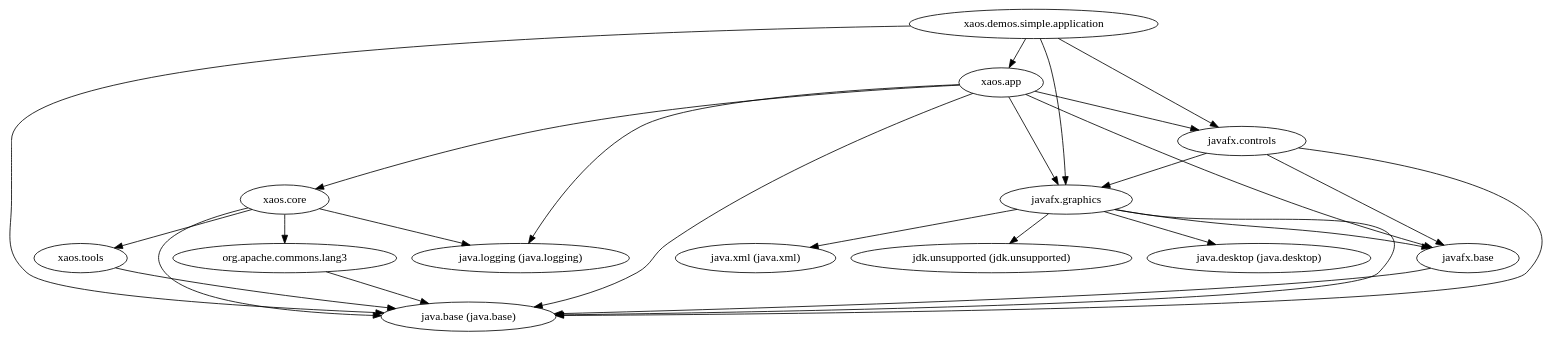
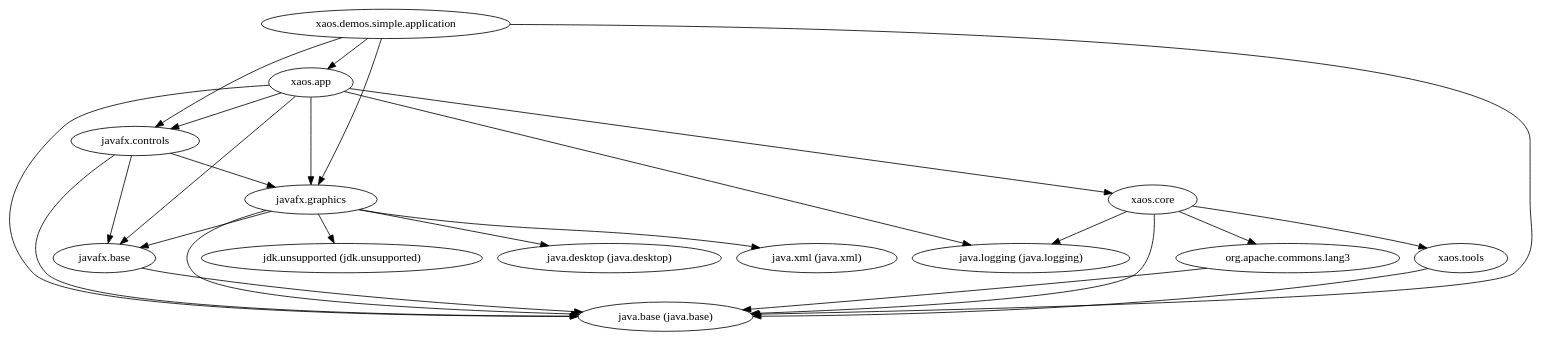
Before and after one commit to ESSICS/XAOS: the diagram in xaos.demos.module/xaos.demos.simple.application.module/doc/module-dependencies.dot, drawn with Graphviz. The commit also changed other lines of this file and 37 other files, not shown here.

```diff
--- a/xaos.demos.module/xaos.demos.simple.application.module/doc/module-dependencies.dot
+++ b/xaos.demos.module/xaos.demos.simple.application.module/doc/module-dependencies.dot
@@ -1,27 +1,27 @@
 digraph "summary" {
-  "xaos.demos.simple.application"                    -> "java.base (java.base)";
-  "xaos.demos.simple.application"                    -> "javafx.controls";
-  "xaos.demos.simple.application"                    -> "javafx.graphics";
-  "xaos.demos.simple.application"                    -> "xaos.app";
   "javafx.controls"                                  -> "java.base (java.base)";
   "javafx.controls"                                  -> "javafx.base";
   "javafx.controls"                                  -> "javafx.graphics";
+  "xaos.core"                                        -> "java.base (java.base)";
+  "xaos.core"                                        -> "java.logging (java.logging)";
+  "xaos.core"                                        -> "org.apache.commons.lang3";
+  "xaos.core"                                        -> "xaos.tools";
+  "xaos.tools"                                       -> "java.base (java.base)";
+  "org.apache.commons.lang3"                         -> "java.base (java.base)";
+  "javafx.base"                                      -> "java.base (java.base)";
   "xaos.app"                                         -> "java.base (java.base)";
   "xaos.app"                                         -> "java.logging (java.logging)";
   "xaos.app"                                         -> "javafx.base";
   "xaos.app"                                         -> "javafx.controls";
   "xaos.app"                                         -> "javafx.graphics";
   "xaos.app"                                         -> "xaos.core";
-  "org.apache.commons.lang3"                         -> "java.base (java.base)";
-  "xaos.tools"                                       -> "java.base (java.base)";
-  "javafx.base"                                      -> "java.base (java.base)";
-  "xaos.core"                                        -> "java.base (java.base)";
-  "xaos.core"                                        -> "java.logging (java.logging)";
-  "xaos.core"                                        -> "org.apache.commons.lang3";
-  "xaos.core"                                        -> "xaos.tools";
+  "xaos.demos.simple.application"                    -> "java.base (java.base)";
+  "xaos.demos.simple.application"                    -> "javafx.controls";
+  "xaos.demos.simple.application"                    -> "javafx.graphics";
+  "xaos.demos.simple.application"                    -> "xaos.app";
   "javafx.graphics"                                  -> "java.base (java.base)";
   "javafx.graphics"                                  -> "java.desktop (java.desktop)";
   "javafx.graphics"                                  -> "java.xml (java.xml)";
   "javafx.graphics"                                  -> "javafx.base";
   "javafx.graphics"                                  -> "jdk.unsupported (jdk.unsupported)";
 }
```
